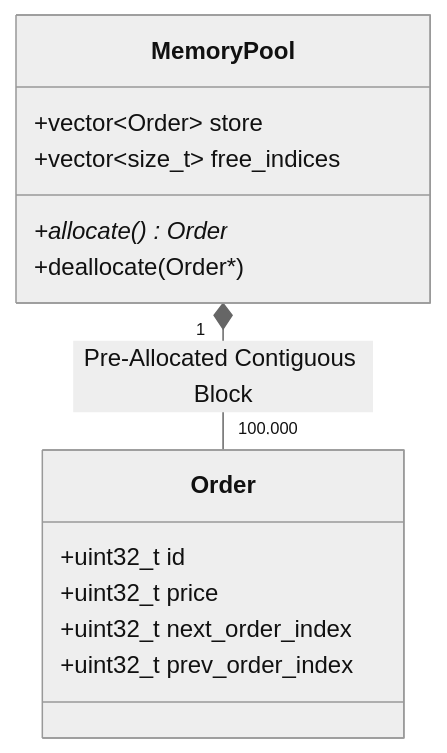
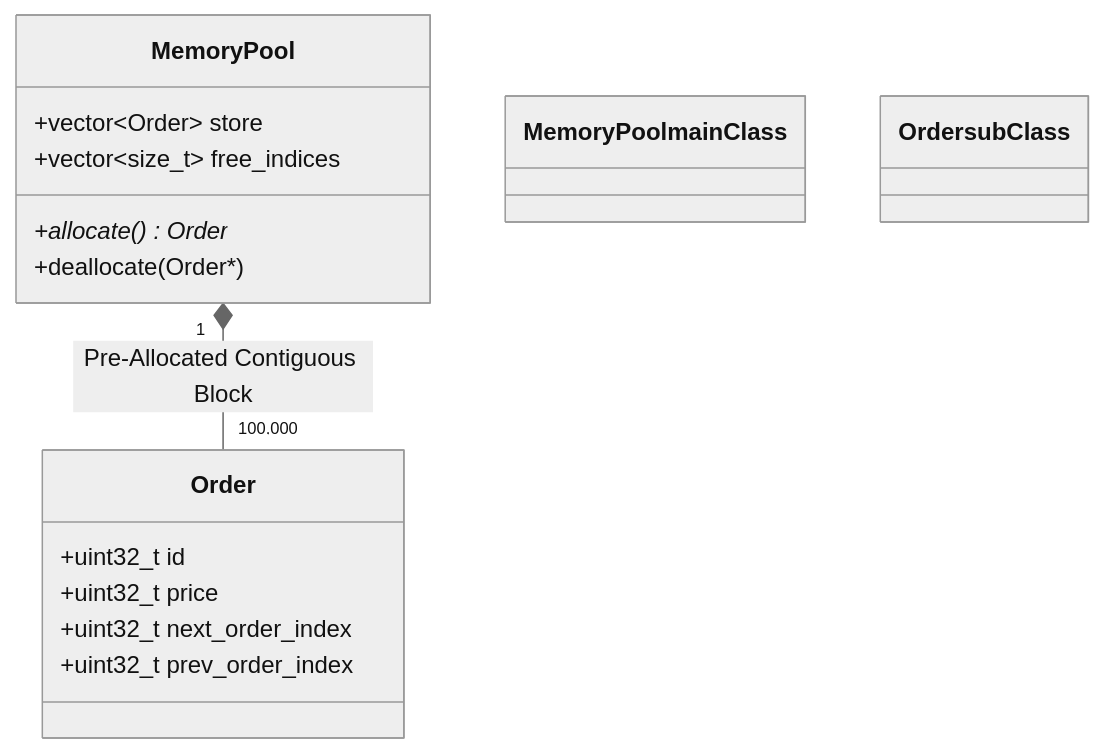
One commit to 0xSaksham/hyprTrader changed the second of 2 diagrams in README.md. Above: the diagram before and after it, drawn with Mermaid (neutral theme). The commit also changed other lines of this file, not shown here.

Commit message:
mermaid diagram update

````diff
--- a/README.md
+++ b/README.md
@@ -44,16 +58,26 @@
 ```mermaid
 classDiagram
+    direction TB
+    %% Styling
+    classDef mainClass fill:#e1f5fe,stroke:#01579b,stroke-width:2px,color:#000;
+    classDef subClass fill:#ffffff,stroke:#333,stroke-width:1px,color:#000;
+
     class MemoryPool {
         +vector~Order~ store
         +vector~size_t~ free_indices
         +allocate() Order*
         +deallocate(Order*)
     }
     class Order {
         +uint32_t id
         +uint32_t price
         +uint32_t next_order_index
         +uint32_t prev_order_index
     }
+
+    %% Apply Styles
+    class MemoryPool mainClass
+    class Order subClass
+
     MemoryPool "1" *-- "100,000" Order : Pre-Allocated Contiguous Block
 ```
````
